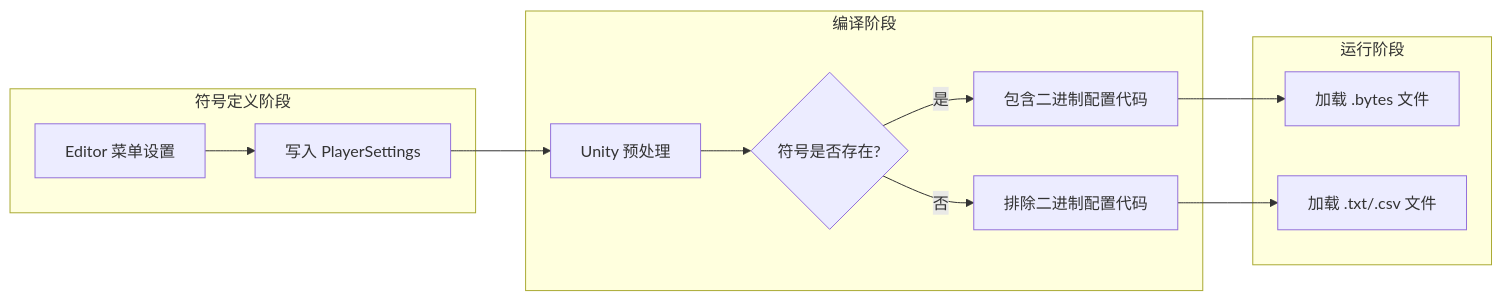
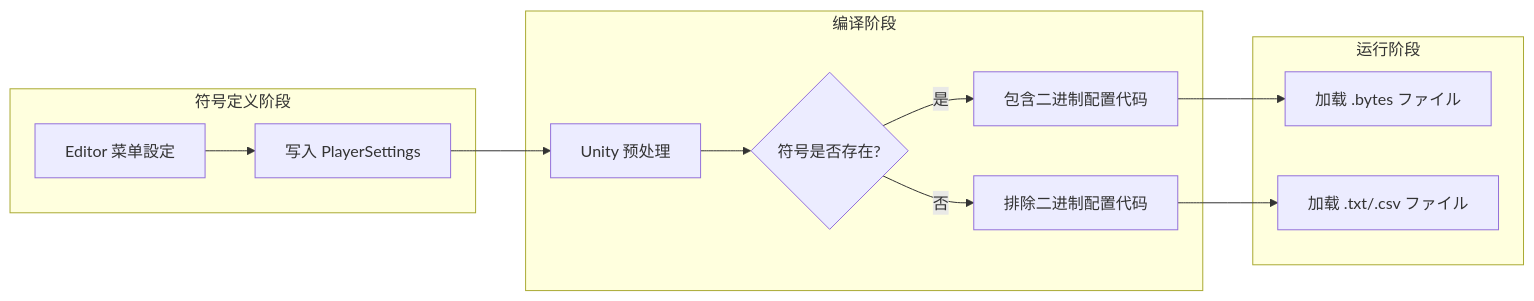
One commit to AlianBlank/GameFrameX.Docs changed the second of 2 diagrams in docs/ja/client/unity/component/config/13.scripting-define-symbols.md. Above: the diagram before and after it, drawn with Mermaid. The commit also changed other lines of this file and 603 other files, not shown here.

````diff
--- a/docs/ja/client/unity/component/config/13.scripting-define-symbols.md
+++ b/docs/ja/client/unity/component/config/13.scripting-define-symbols.md
@@ -55,18 +55,18 @@
 ```mermaid
 flowchart LR
     subgraph 定义["符号定义阶段"]
-        D1[Editor 菜单设置] --> D2[写入 PlayerSettings]
+        D1[Editor 菜单設定] --> D2[写入 PlayerSettings]
     end
 
     subgraph 编译["编译阶段"]
         D2 --> C1[Unity 预处理]
         C1 --> C2{符号是否存在?}
         C2 -->|是| C3[包含二进制配置代码]
         C2 -->|否| C4[排除二进制配置代码]
     end
 
     subgraph 运行["运行阶段"]
-        C3 --> R1[加载 .bytes 文件]
-        C4 --> R2[加载 .txt/.csv 文件]
+        C3 --> R1[加载 .bytes ファイル]
+        C4 --> R2[加载 .txt/.csv ファイル]
     end
 ```
````
